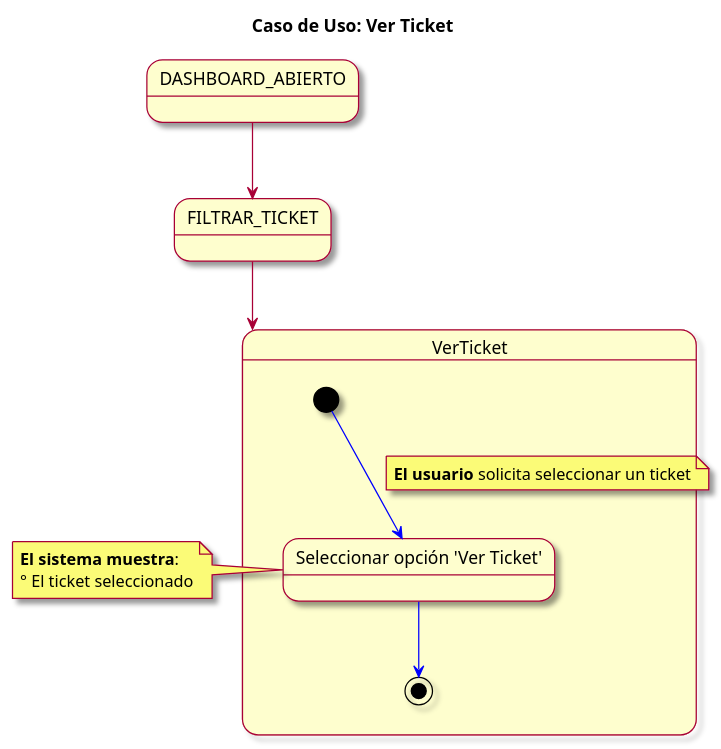
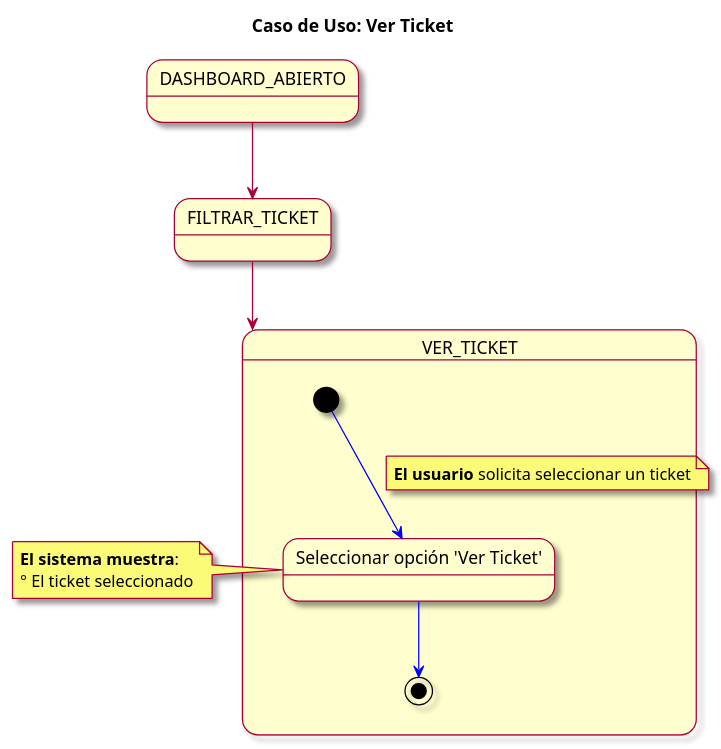
Before and after one commit to mmasias/23-24-IdSw1-SDR: the diagram in modelosUML/CasosDeUsos/CasosDetallados/VerTicket.puml, drawn with PlantUML. The commit also changed 2 other files, not shown here.

```diff
--- a/modelosUML/CasosDeUsos/CasosDetallados/VerTicket.puml
+++ b/modelosUML/CasosDeUsos/CasosDetallados/VerTicket.puml
@@ -1,24 +1,24 @@
 @startuml
 skin rose
 title Caso de Uso: Ver Ticket
 
 state DASHBOARD_ABIERTO
 state FILTRAR_TICKET
 
 DASHBOARD_ABIERTO --> FILTRAR_TICKET
-FILTRAR_TICKET --> VerTicket
+FILTRAR_TICKET --> VER_TICKET
 
-state VerTicket {
+state VER_TICKET {
 
   [*] -[#blue]-> seleccionarOpcionVer
   note on link : **El usuario** solicita seleccionar un ticket
   state "Seleccionar opción 'Ver Ticket'" as seleccionarOpcionVer
   seleccionarOpcionVer -[#blue]-> [*]
 }
 
 note left of seleccionarOpcionVer
   **El sistema muestra**: 
   ° El ticket seleccionado
 end note
 
 @enduml
```
